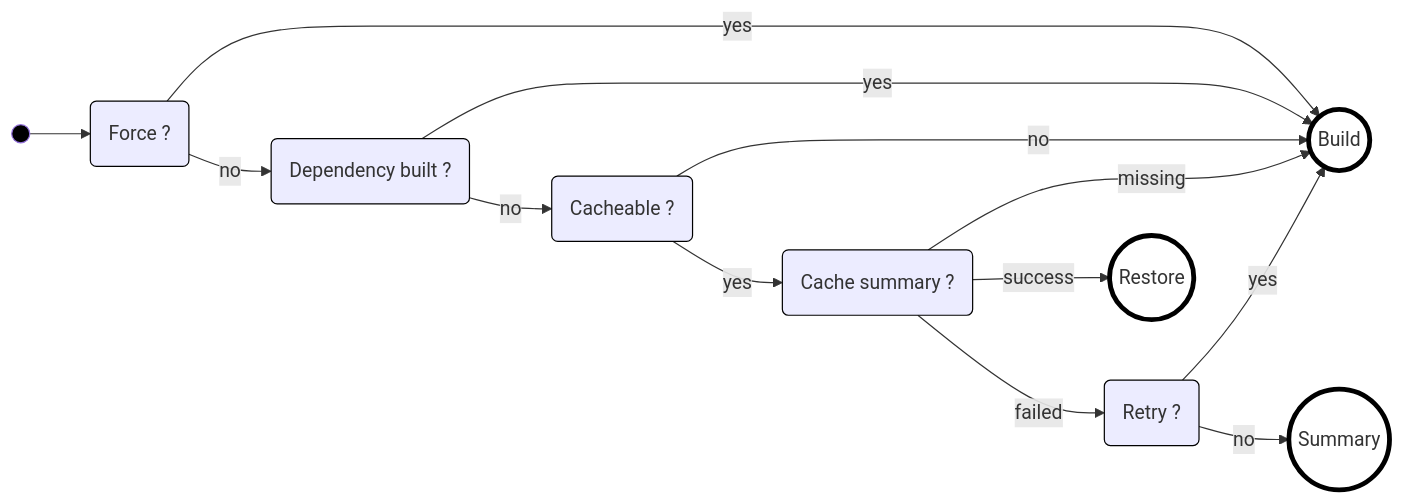
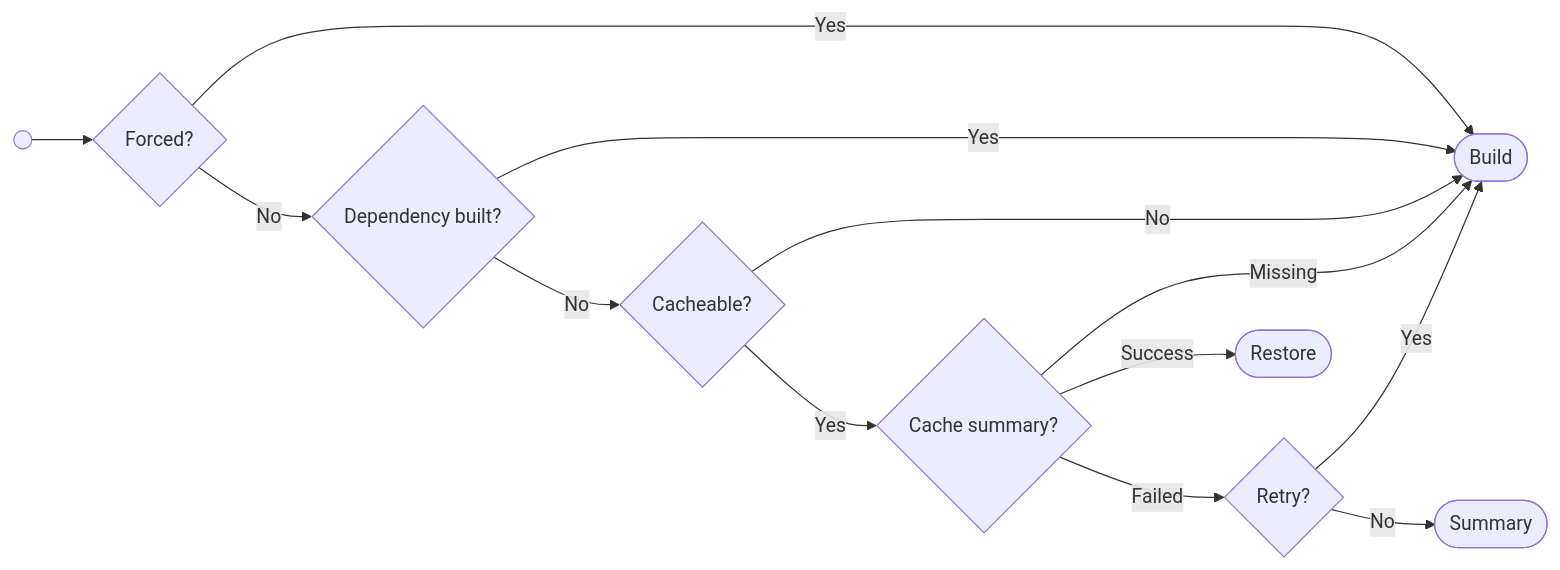
Before and after one commit to MagnusOpera/terrabuild: the diagram in website/site-docs/getting-started/caching.md, drawn with Mermaid. The commit also changed other lines of this file and 12 other files, not shown here.

````diff
--- a/website/site-docs/getting-started/caching.md
+++ b/website/site-docs/getting-started/caching.md
@@ -75,45 +75,21 @@
 ```mermaid
 flowchart LR
+  start((" ")) --> force{"Forced?"}
+  force -->|Yes| build(["Build"])
+  force -->|No| dependency{"Dependency built?"}
+  dependency -->|Yes| build
+  dependency -->|No| cacheable{"Cacheable?"}
+  cacheable -->|No| build
+  cacheable -->|Yes| cache{"Cache summary?"}
+  cache -->|Missing| build
+  cache -->|Success| restore(["Restore"])
+  cache -->|Failed| retry{"Retry?"}
+  retry -->|Yes| build
+  retry -->|No| summary(["Summary"])
 
-classDef start fill:black
-classDef build stroke-width:4px,stroke:black,fill:white
-classDef restore stroke-width:4px,stroke:black,fill:white
-classDef summary stroke-width:4px,stroke:black,fill:white
-classDef decision stroke:black
-
-start((" "))
-
-force(Force ?)
-dependency(Dependency built ?)
-cacheable(Cacheable ?)
-cache(Cache summary ?)
-retry(Retry ?)
-
-restore((Restore))
-build((Build))
-summary((Summary))
-
-start --> force
-
-force -- yes --> build
-force -- no --> dependency
-
-dependency -- yes --> build
-dependency -- no --> cacheable
-
-cacheable -- no --> build
-cacheable -- yes --> cache
-
-cache -- missing --> build
-cache -- success --> restore
-cache -- failed --> retry
-
-retry -- yes --> build
-retry -- no --> summary
-
-class start start
-class build build
-class restore restore
-class summary summary
-class force,cacheable,cache,dependency,retry decision
+  class start tb-start
+  class force,dependency,cacheable,cache,retry tb-decision
+  class build tb-primary
+  class restore tb-success
+  class summary tb-muted
 ```
````
